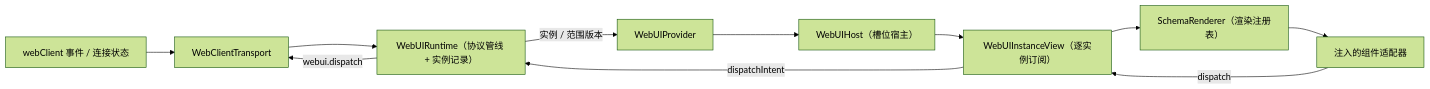
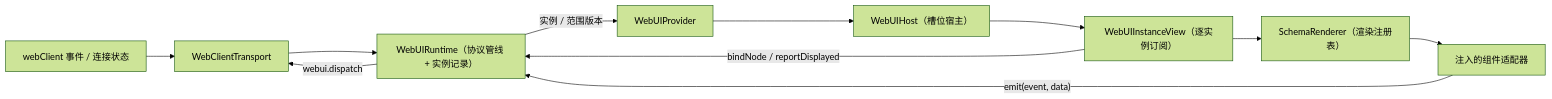
Before and after one commit to openJiuwen-ai/jiuwenswarm: the diagram in jiuwenswarm/extensions_v2/docs/features/F_08_frontend-render.md, drawn with Mermaid (forest theme). The commit also changed other lines of this file and 34 other files, not shown here.

````diff
--- a/jiuwenswarm/extensions_v2/docs/features/F_08_frontend-render.md
+++ b/jiuwenswarm/extensions_v2/docs/features/F_08_frontend-render.md
@@ -52,13 +52,13 @@
 ```mermaid
 flowchart LR
     WS["webClient 事件 / 连接状态"] --> TR["WebClientTransport"]
     TR --> RT["WebUIRuntime（协议管线 + 实例记录）"]
     RT -->|"实例 / 范围版本"| PR["WebUIProvider"]
     PR --> HO["WebUIHost（槽位宿主）"]
     HO --> IV["WebUIInstanceView（逐实例订阅）"]
     IV --> SR["SchemaRenderer（渲染注册表）"]
     SR --> AD["注入的组件适配器"]
-    AD -->|"dispatch"| IV
-    IV -->|"dispatchIntent"| RT
+    AD -->|"emit(event, data)"| RT
+    IV -->|"bindNode / reportDisplayed"| RT
     RT -->|"webui.dispatch"| TR
 ```
````
